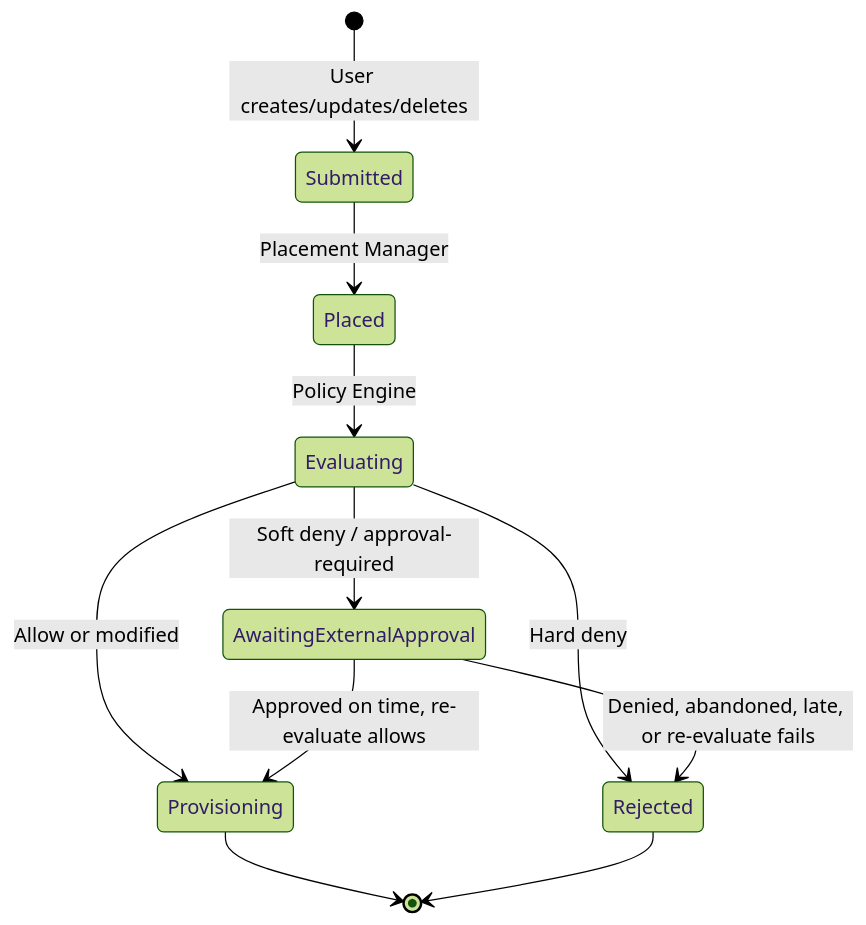
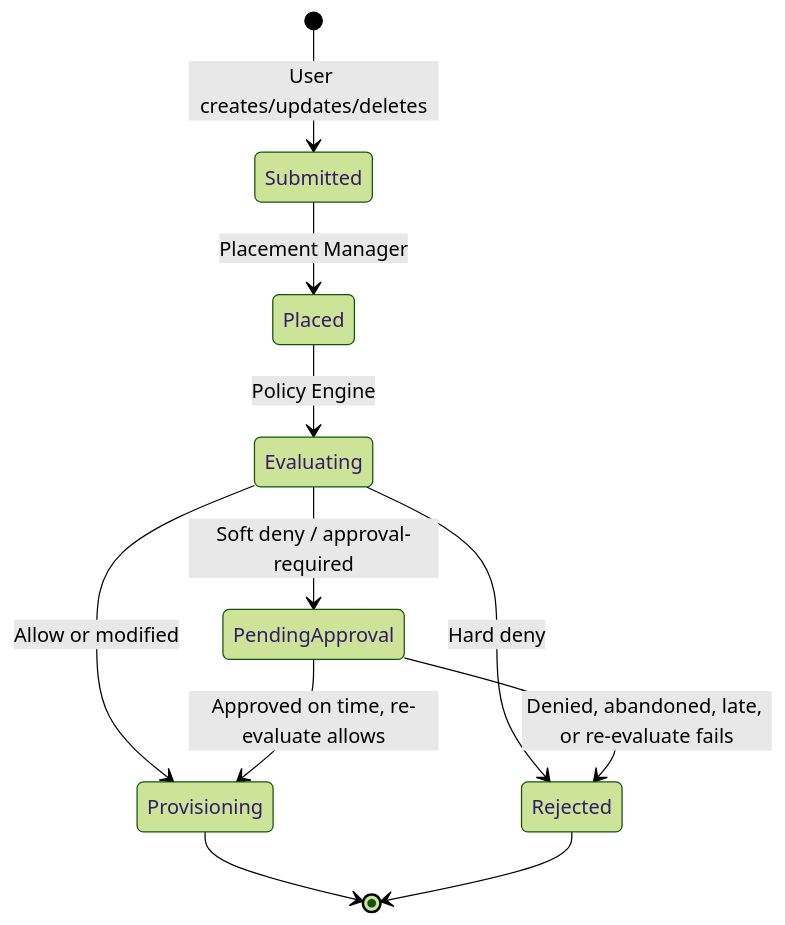
The diagram in enhancements/request-approval/use-cases.md (dcm-project/enhancements), drawn with Mermaid (forest theme) before and after one commit. The commit also changed other lines of this file and 1 other file, not shown here.

Commit message:
Name the wait status PendingApproval; PM sets it.

````diff
--- a/enhancements/request-approval/use-cases.md
+++ b/enhancements/request-approval/use-cases.md
@@ -20,13 +20,13 @@
 ```mermaid
 stateDiagram-v2
     [*] --> Submitted: User creates/updates/deletes
     Submitted --> Placed: Placement Manager
     Placed --> Evaluating: Policy Engine
     Evaluating --> Provisioning: Allow or modified
     Evaluating --> Rejected: Hard deny
-    Evaluating --> AwaitingExternalApproval: Soft deny / approval-required
-    AwaitingExternalApproval --> Provisioning: Approved on time, re-evaluate allows
-    AwaitingExternalApproval --> Rejected: Denied, abandoned, late, or re-evaluate fails
+    Evaluating --> PendingApproval: Soft deny / approval-required
+    PendingApproval --> Provisioning: Approved on time, re-evaluate allows
+    PendingApproval --> Rejected: Denied, abandoned, late, or re-evaluate fails
     Provisioning --> [*]
     Rejected --> [*]
 ```
````
